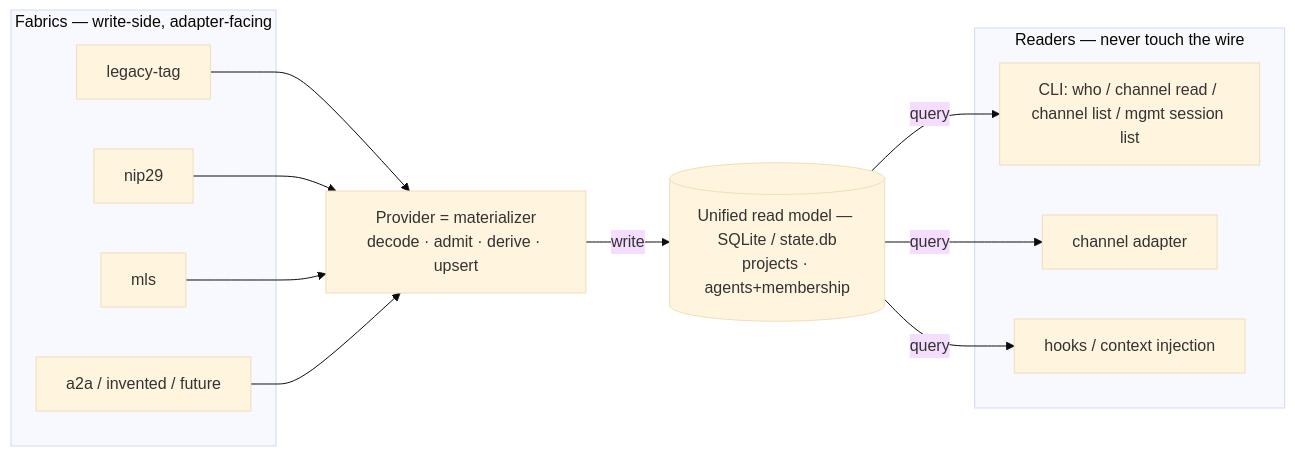
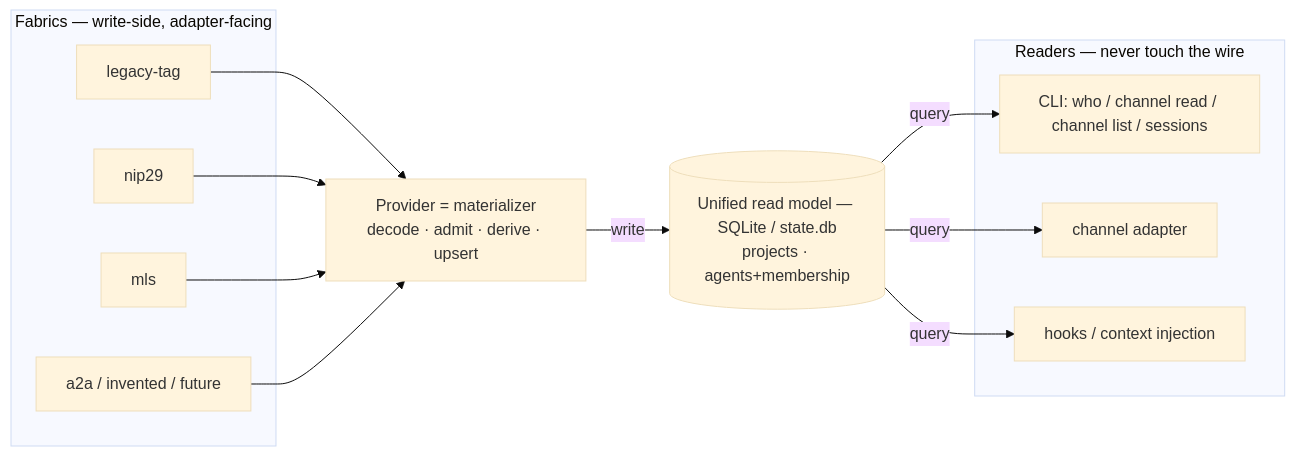
One commit to pablof7z/tenex-edge changed the second of 6 diagrams in docs/fabric-architecture.md. Above: the diagram before and after it, drawn with Mermaid (base theme). The commit also changed 42 other files, not shown here.

````diff
--- a/docs/fabric-architecture.md
+++ b/docs/fabric-architecture.md
@@ -138,24 +138,24 @@
 ```mermaid
 flowchart LR
     subgraph FABRICS["Fabrics — write-side, adapter-facing"]
         F1["legacy-tag"]
         F2["nip29"]
         F3["mls"]
         F4["a2a / invented / future"]
     end
     MAT["Provider = materializer<br/>decode · admit · derive · upsert"]
     STORE[("Unified read model — SQLite / state.db<br/>projects · agents+membership")]
     subgraph READERS["Readers — never touch the wire"]
-        R1["CLI: who / channel read / channel list / mgmt session list"]
+        R1["CLI: who / channel read / channel list / sessions"]
         R2["channel adapter"]
         R3["hooks / context injection"]
     end
     F1 --> MAT
     F2 --> MAT
     F3 --> MAT
     F4 --> MAT
     MAT -- write --> STORE
     STORE -- query --> R1
     STORE -- query --> R2
     STORE -- query --> R3
 ```
````
